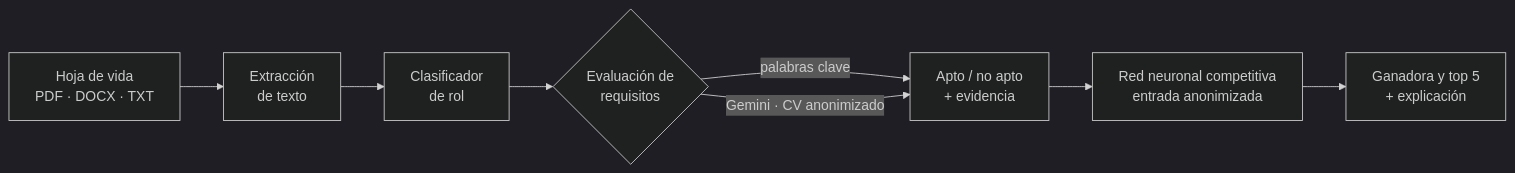
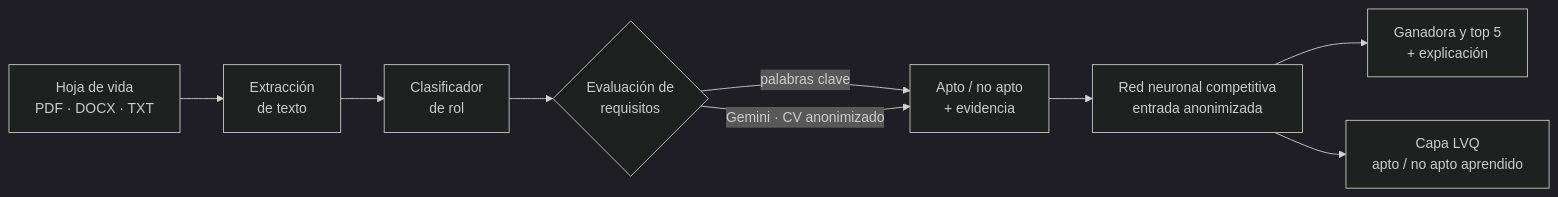
Before and after one commit to iAxstral/CVScope: the diagram in README.md, drawn with Mermaid (dark theme). The commit also changed other lines of this file, not shown here.

````diff
--- a/README.md
+++ b/README.md
@@ -41,10 +45,11 @@
 ```mermaid
 flowchart LR
     A[Hoja de vida<br/>PDF · DOCX · TXT] --> B[Extracción<br/>de texto]
     B --> D[Clasificador<br/>de rol]
     D --> E{Evaluación de<br/>requisitos}
     E -->|palabras clave| F[Apto / no apto<br/>+ evidencia]
     E -->|Gemini · CV anonimizado| F
     F --> G[Red neuronal competitiva<br/>entrada anonimizada]
     G --> H[Ganadora y top 5<br/>+ explicación]
+    G --> L[Capa LVQ<br/>apto / no apto aprendido]
 ```
````
